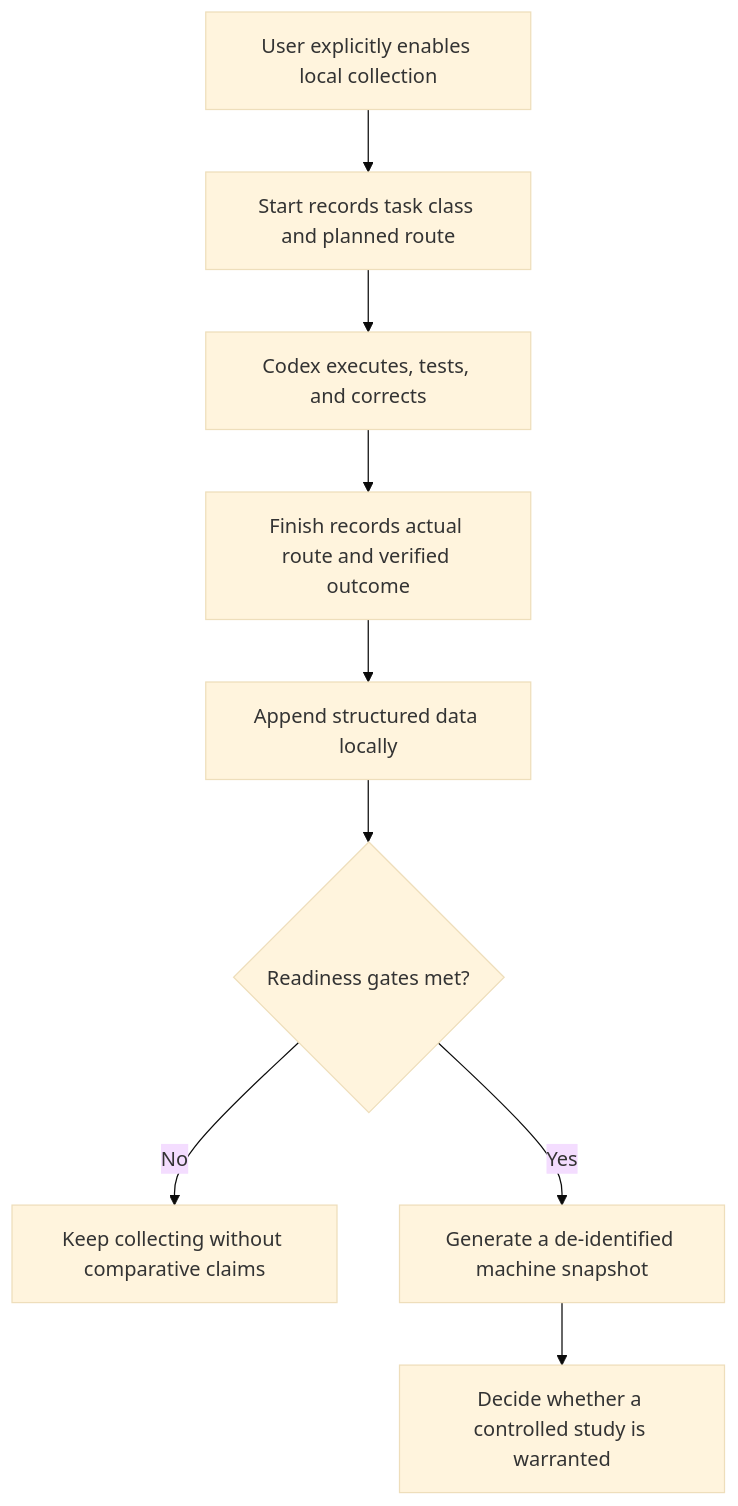
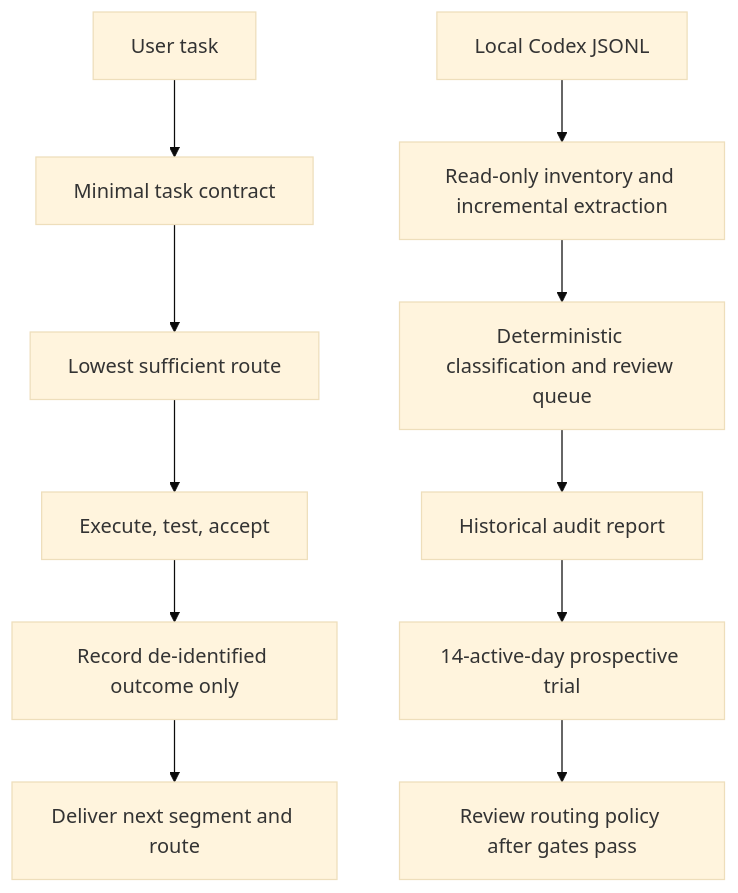
The diagram in README.en.md (AIALRA-0/model-effort-router), drawn with Mermaid (base theme) before and after one commit. The commit also changed other lines of this file and 16 other files, not shown here.

````diff
--- a/README.en.md
+++ b/README.en.md
@@ -23,11 +32,13 @@
 ```mermaid
 flowchart TD
-    A[User explicitly enables local collection] --> B[Start records task class and planned route]
-    B --> C[Codex executes, tests, and corrects]
-    C --> D[Finish records actual route and verified outcome]
-    D --> E[Append structured data locally]
-    E --> F{Readiness gates met?}
-    F -- No --> G[Keep collecting without comparative claims]
-    F -- Yes --> H[Generate a de-identified machine snapshot]
-    H --> I[Decide whether a controlled study is warranted]
+    A[User task] --> B[Minimal task contract]
+    B --> C[Lowest sufficient route]
+    C --> D[Execute, test, accept]
+    D --> E[Record de-identified outcome only]
+    E --> F[Deliver next segment and route]
+    G[Local Codex JSONL] --> H[Read-only inventory and incremental extraction]
+    H --> I[Deterministic classification and review queue]
+    I --> J[Historical audit report]
+    J --> K[14-active-day prospective trial]
+    K --> L[Review routing policy after gates pass]
 ```
````
